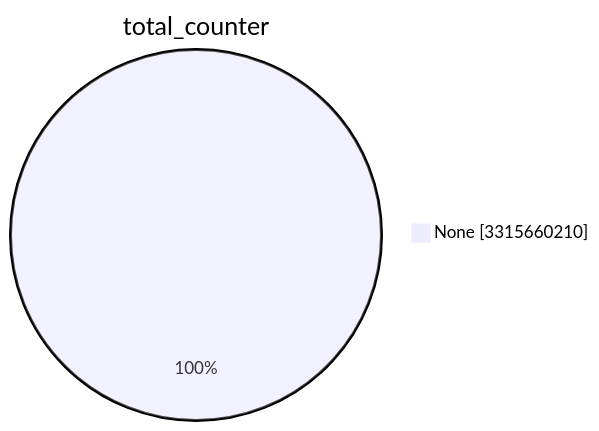
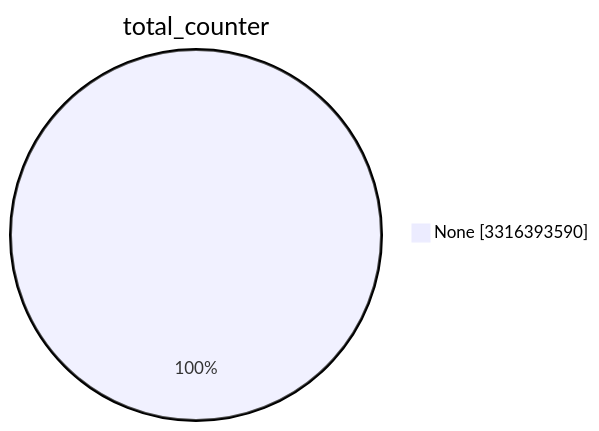
Before and after one commit to christiankrug/ctmonitor_visualization: the first of 15 diagrams in TOTAL/README.md, drawn with Mermaid. The commit also changed other lines of this file, not shown here.

````diff
--- a/TOTAL/README.md
+++ b/TOTAL/README.md
@@ -1,5 +1,5 @@
 ```mermaid
 pie showData
 title total_counter
-"None" :3315660210
+"None" :3316393590
 ```
````
